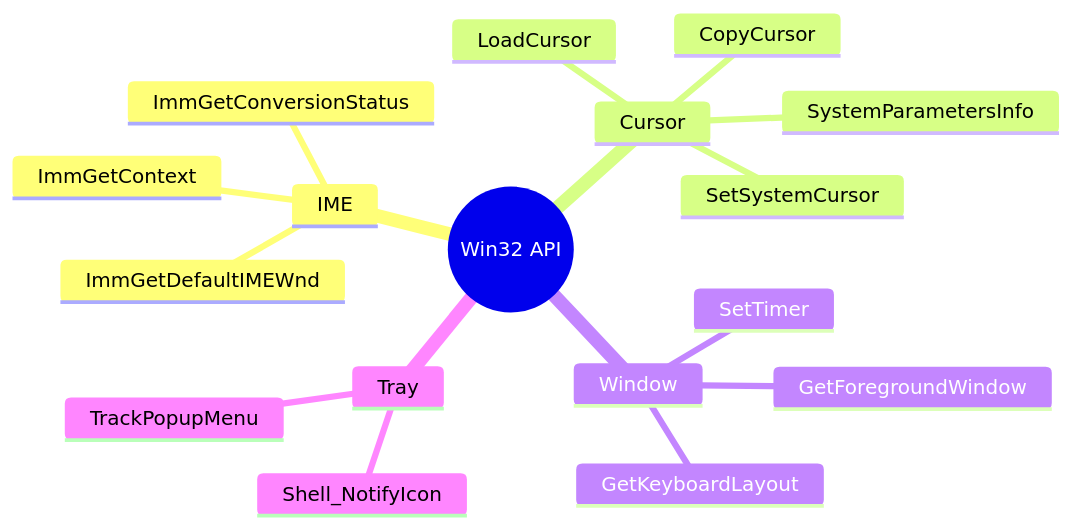
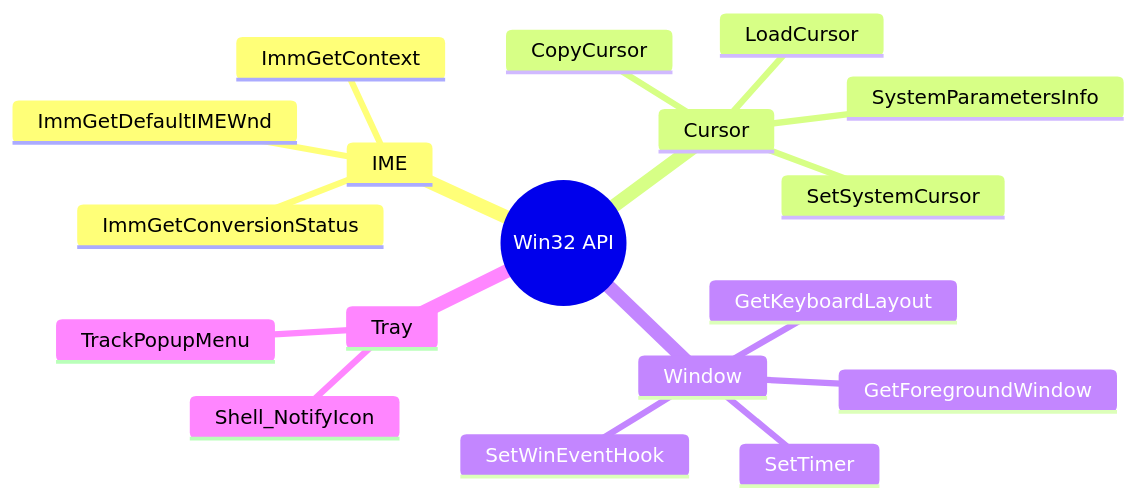
The sixth of 6 diagrams in docs/architecture.md (ycookiey/yCursory), drawn with Mermaid before and after one commit. The commit also changed other lines of this file and 6 other files, not shown here.

````diff
--- a/docs/architecture.md
+++ b/docs/architecture.md
@@ -125,20 +129,21 @@
 ```mermaid
 mindmap
   root((Win32 API))
     IME
       ImmGetContext
       ImmGetConversionStatus
       ImmGetDefaultIMEWnd
     Cursor
       LoadCursor
       SetSystemCursor
       CopyCursor
       SystemParametersInfo
     Window
       GetForegroundWindow
       GetKeyboardLayout
       SetTimer
+      SetWinEventHook
     Tray
       Shell_NotifyIcon
       TrackPopupMenu
 ```
````
